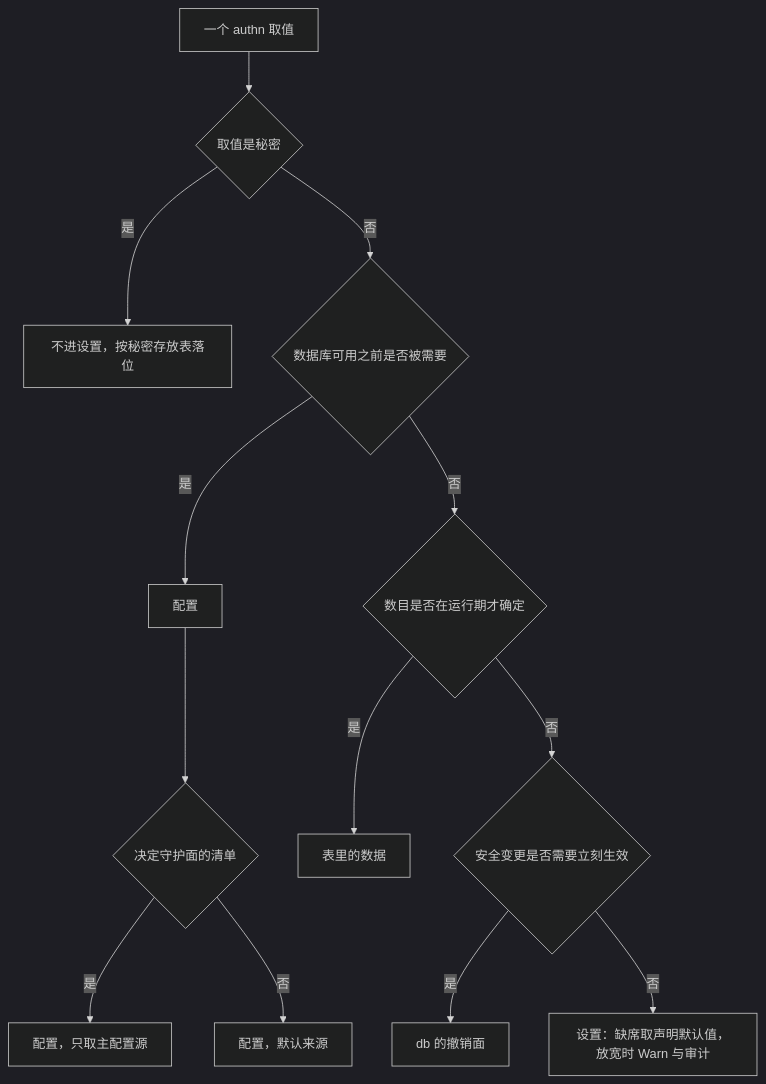
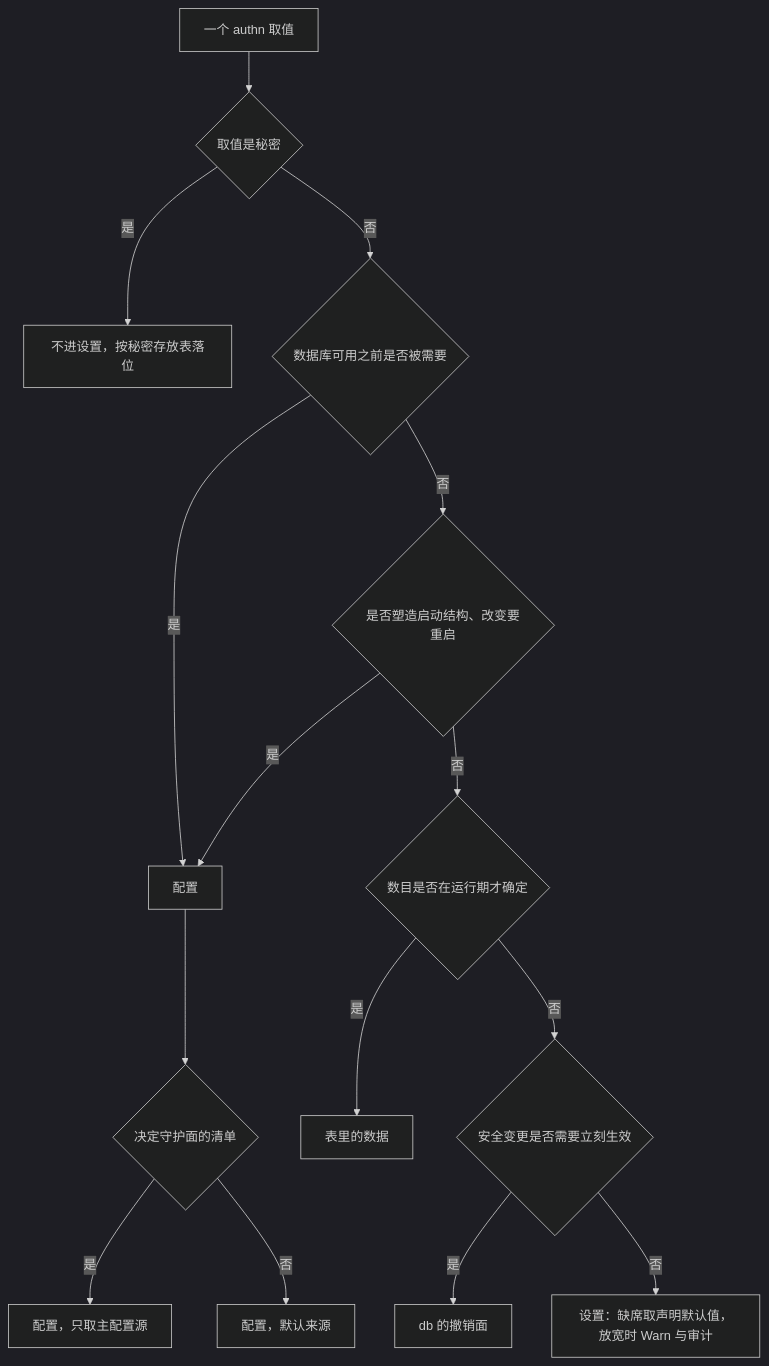
The second of 3 diagrams in docs/design/modules/authn/design-authn-config.md (wangzw/speed), drawn with Mermaid (dark theme) before and after one commit. The commit also changed other lines of this file and 29 other files, not shown here.

````diff
--- a/docs/design/modules/authn/design-authn-config.md
+++ b/docs/design/modules/authn/design-authn-config.md
@@ -380,15 +386,17 @@
 ```mermaid
 flowchart TD
     V["一个 authn 取值"] --> Q0{"取值是秘密"}
     Q0 -- 是 --> SEC["不进设置，按秘密存放表落位"]
     Q0 -- 否 --> Q1{"数据库可用之前是否被需要"}
     Q1 -- 是 --> C["配置"]
-    Q1 -- 否 --> Q2{"数目是否在运行期才确定"}
+    Q1 -- 否 --> Q1B{"是否塑造启动结构、改变要重启"}
+    Q1B -- 是 --> C
+    Q1B -- 否 --> Q2{"数目是否在运行期才确定"}
     Q2 -- 是 --> D["表里的数据"]
     Q2 -- 否 --> Q3{"安全变更是否需要立刻生效"}
     Q3 -- 是 --> R["db 的撤销面"]
     Q3 -- 否 --> S["设置：缺席取声明默认值，放宽时 Warn 与审计"]
     C --> Q5{"决定守护面的清单"}
     Q5 -- 是 --> M["配置，只取主配置源"]
     Q5 -- 否 --> O["配置，默认来源"]
 ```
````
